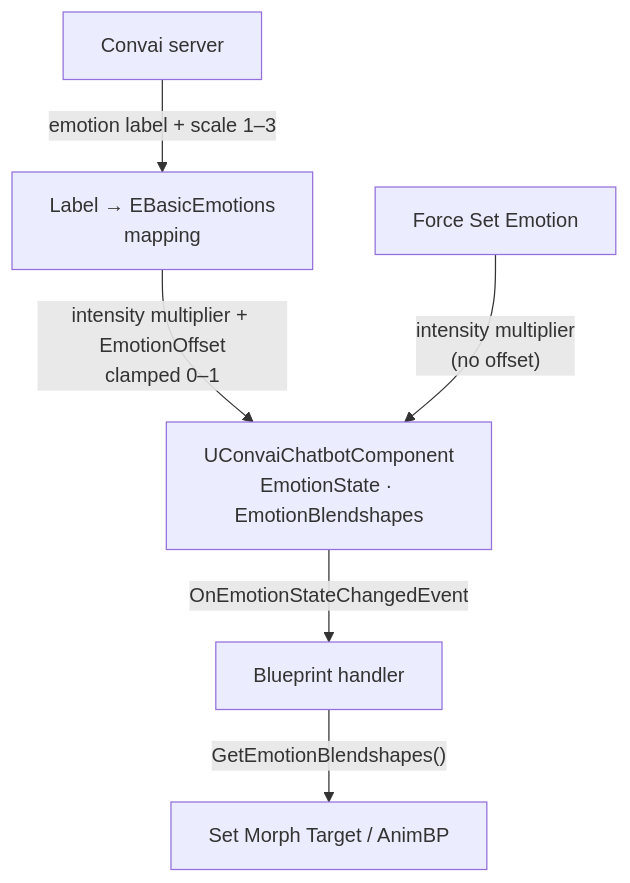
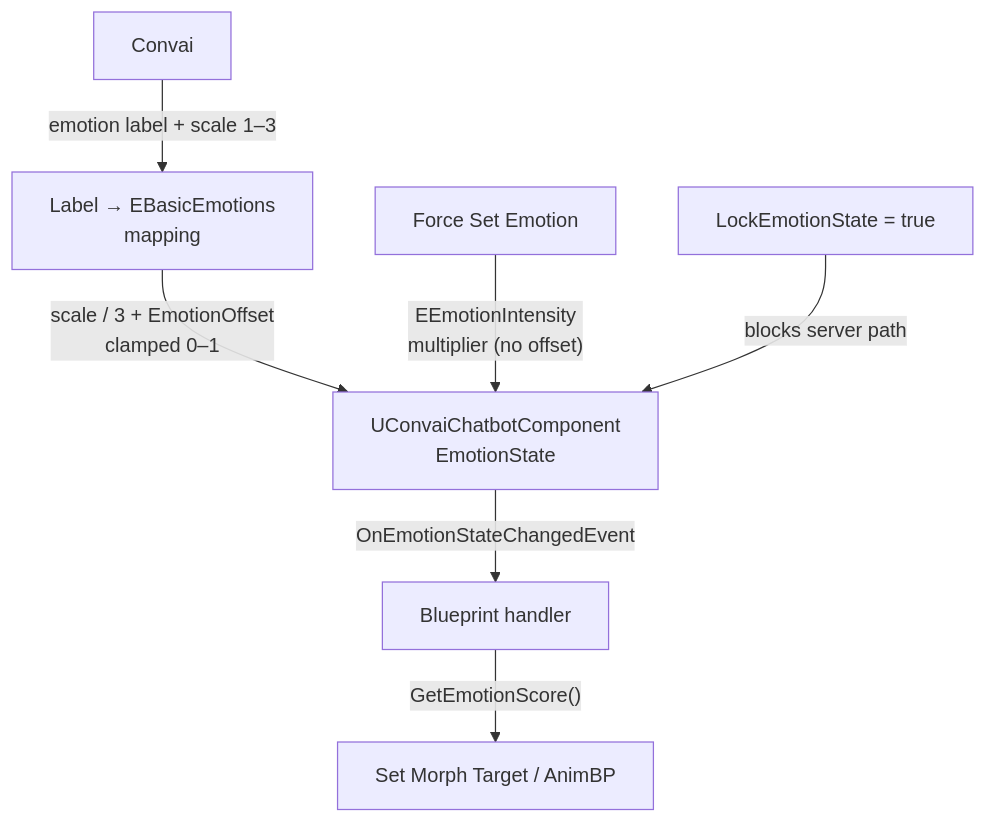
One commit to Conv-AI/Convai-Documentation changed the diagram in plugins-and-integrations/convai-unreal-engine-plugin/features/emotion/how-the-emotion-system-works.md. Above: the diagram before and after it, drawn with Mermaid. The commit also changed other lines of this file and 5 other files, not shown here.

````diff
--- a/plugins-and-integrations/convai-unreal-engine-plugin/features/emotion/how-the-emotion-system-works.md
+++ b/plugins-and-integrations/convai-unreal-engine-plugin/features/emotion/how-the-emotion-system-works.md
@@ -112,8 +103,9 @@
 ```mermaid
 graph TD
-    A["Convai server"] -- "emotion label + scale 1–3" --> B["Label → EBasicEmotions\nmapping"]
-    B -- "intensity multiplier + EmotionOffset\nclamped 0–1" --> C["UConvaiChatbotComponent\nEmotionState · EmotionBlendshapes"]
+    A["Convai"] -- "emotion label + scale 1–3" --> B["Label → EBasicEmotions\nmapping"]
+    B -- "scale / 3 + EmotionOffset\nclamped 0–1" --> C["UConvaiChatbotComponent\nEmotionState"]
     C -- "OnEmotionStateChangedEvent" --> D["Blueprint handler"]
-    D -- "GetEmotionBlendshapes()" --> E["Set Morph Target / AnimBP"]
-    F["Force Set Emotion"] -- "intensity multiplier\n(no offset)" --> C
+    D -- "GetEmotionScore()" --> E["Set Morph Target / AnimBP"]
+    F["Force Set Emotion"] -- "EEmotionIntensity\nmultiplier (no offset)" --> C
+    G["LockEmotionState = true"] -- "blocks server path" --> C
 ```
````
